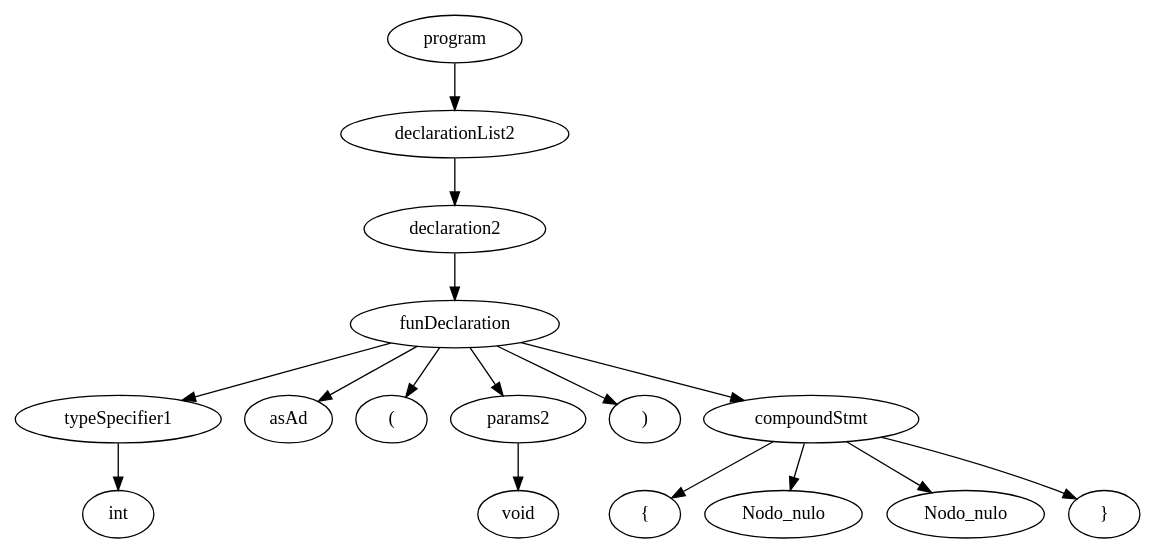
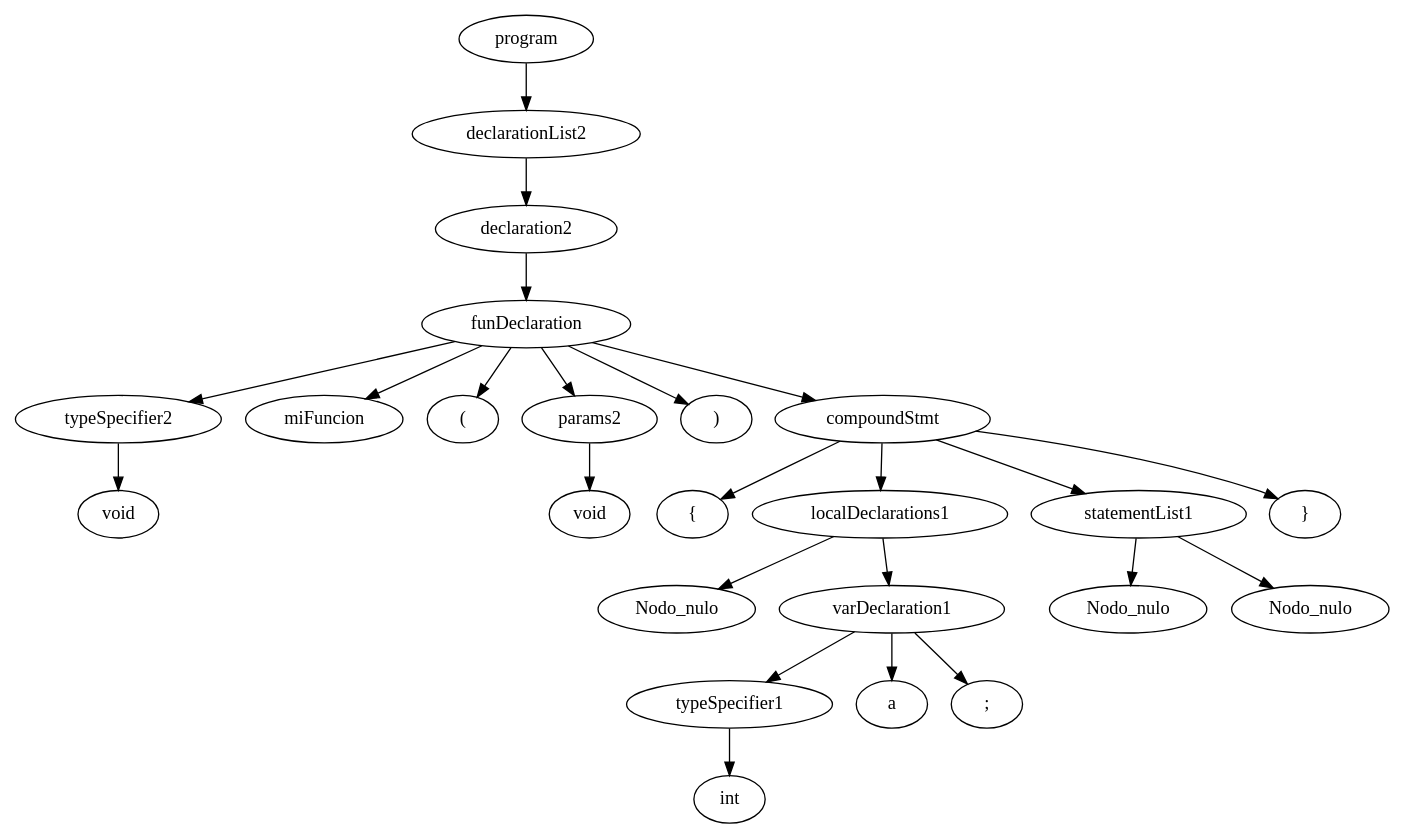
Before and after one commit to AndresAguilera/TallerCompiladores: the diagram in graphviztree.dot, drawn with Graphviz. The commit also changed 3 other files, not shown here.

```diff
--- a/graphviztree.dot
+++ b/graphviztree.dot
@@ -1,33 +1,49 @@
 digraph G {
-	6[label= "int"]
-	5[label = typeSpecifier1]
+	6[label= "void"]
+	5[label = typeSpecifier2]
 	5->6
-	7[label= "asAd"]
+	7[label= "miFuncion"]
 	8[label= "("]
 	10[label= "void"]
 	9[label = params2]
 	9->10
 	11[label= ")"]
 	13[label= "{"]
-	14[label= Nodo_nulo]
 	15[label= Nodo_nulo]
-	16[label= "}"]
+	18[label= "int"]
+	17[label = typeSpecifier1]
+	17->18
+	19[label= "a"]
+	20[label= ";"]
+	16[label = varDeclaration1]
+	16->17
+	16->19
+	16->20
+	14[label = localDeclarations1]
+	14->15
+	14->16
+	22[label= Nodo_nulo]
+	23[label= Nodo_nulo]
+	21[label = statementList1]
+	21->22
+	21->23
+	24[label= "}"]
 	12[label = compoundStmt]
 	12->13
 	12->14
-	12->15
-	12->16
+	12->21
+	12->24
 	4[label = funDeclaration]
 	4->5
 	4->7
 	4->8
 	4->9
 	4->11
 	4->12
 	3[label = declaration2]
 	3->4
 	2[label = declarationList2]
 	2->3
 	1[label = program]
 	1->2
 	}
```
